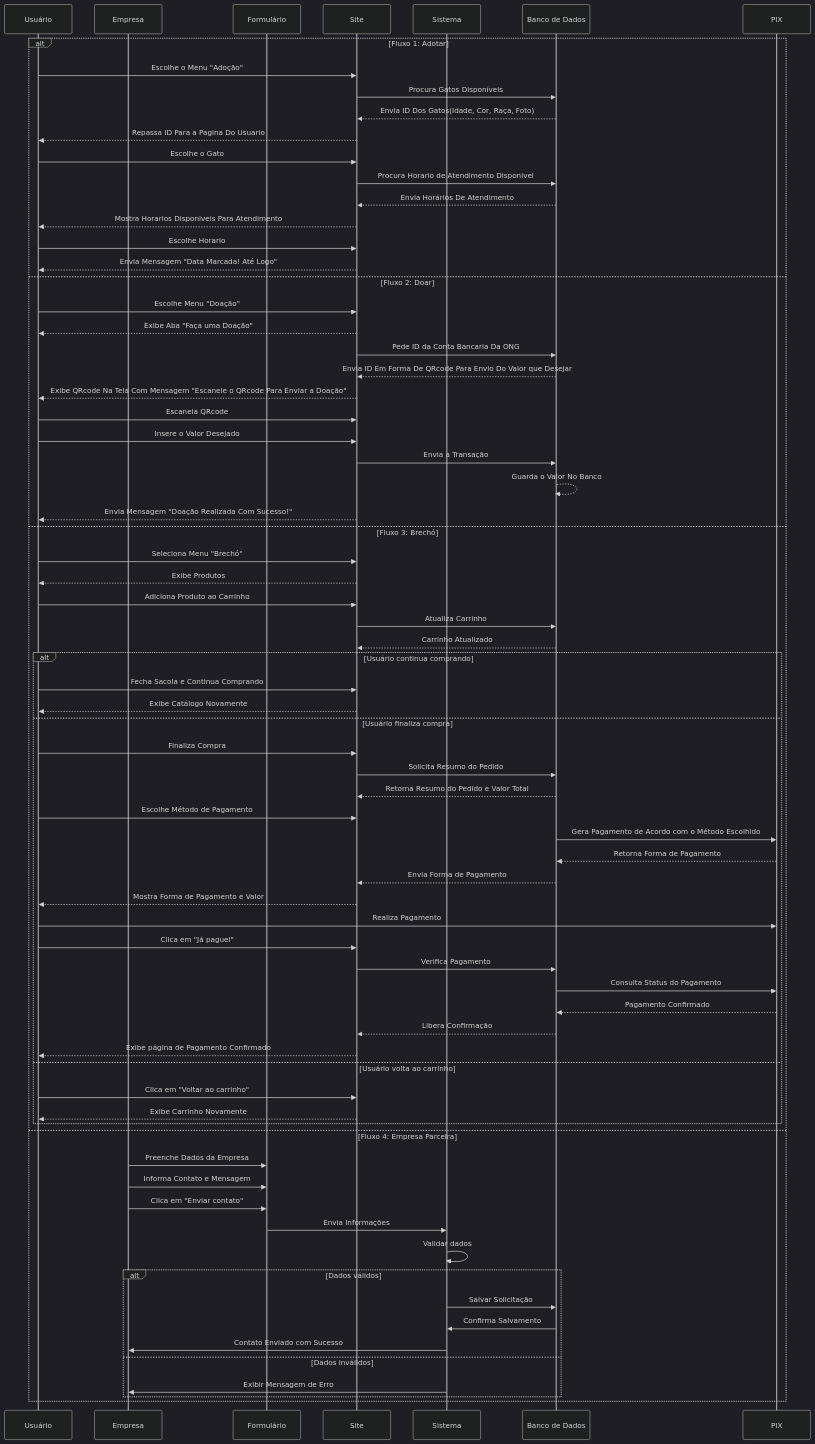
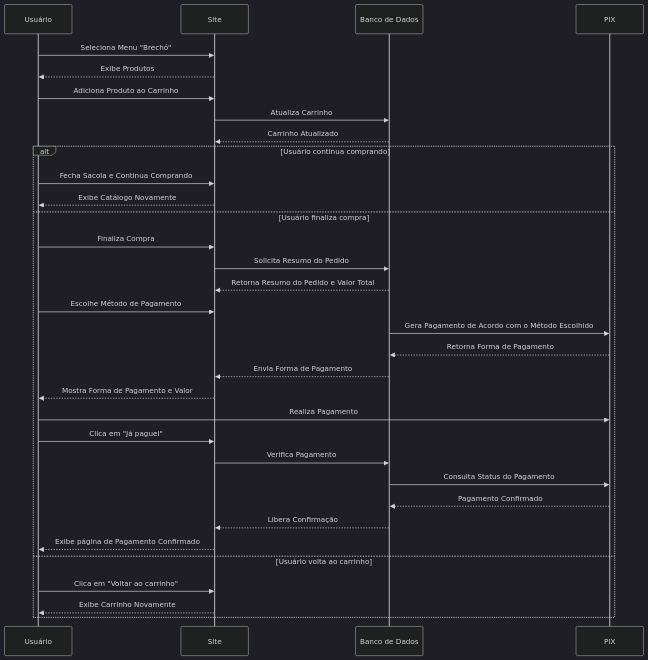
The ninth of 12 diagrams in README.md (ligiaoliveira/Casa-dos-Gatos), drawn with Mermaid (dark theme) before and after one commit. The commit also changed other lines of this file, not shown here.

Commit message:
Update sequence diagrams and ER diagram in README

````diff
--- a/README.md
+++ b/README.md
@@ -413,81 +453,39 @@
 ```mermaid
 sequenceDiagram
-    participant Usuario as Usuário
-    participant Empresa
-    participant Formulario as Formulário
-    participant Site
-    participant Sistema
-    participant BancoDeDados as Banco de Dados
-    participant PIX
+    participant U as Usuário 
+    participant S as Site
+    participant B as Banco de Dados
+    participant P as PIX
 
-    alt Fluxo 1: Adotar
-        Usuario ->> Site: Escolhe o Menu "Adoção"
-        Site ->> BancoDeDados: Procura Gatos Disponíveis
-        BancoDeDados -->> Site: Envia ID Dos Gatos(Idade, Cor, Raça, Foto)
-        Site -->> Usuario: Repassa ID Para a Pagina Do Usuario
-        Usuario ->> Site: Escolhe o Gato
-        Site ->> BancoDeDados: Procura Horario de Atendimento Disponivel
-        BancoDeDados -->> Site: Envia Horários De Atendimento
-        Site -->> Usuario: Mostra Horarios Disponiveis Para Atendimento
-        Usuario ->> Site: Escolhe Horario
-        Site -->> Usuario: Envia Mensagem "Data Marcada! Até Logo"
+U->>S: Seleciona Menu "Brechó"
+S-->>U: Exibe Produtos
+U->>S: Adiciona Produto ao Carrinho
+S->>B: Atualiza Carrinho
+B-->>S: Carrinho Atualizado
 
-    else Fluxo 2: Doar
-        Usuario ->> Site: Escolhe Menu "Doação"
-        Site -->> Usuario: Exibe Aba "Faça uma Doação"
-        Site ->> BancoDeDados: Pede ID da Conta Bancaria Da ONG
-        BancoDeDados -->> Site: Envia ID Em Forma De QRcode Para Envio Do Valor que Desejar
-        Site -->> Usuario: Exibe QRcode Na Tela Com Mensagem "Escanele o QRcode Para Enviar a Doação"
-        Usuario ->> Site: Escaneia QRcode
-        Usuario ->> Site: Insere o Valor Desejado
-        Site ->> BancoDeDados: Envia a Transação
-        BancoDeDados -->> BancoDeDados: Guarda o Valor No Banco
-        Site -->> Usuario: Envia Mensagem "Doação Realizada Com Sucesso!"
+alt Usuário continua comprando
+U->>S: Fecha Sacola e Continua Comprando
+S-->>U: Exibe Catálogo Novamente
 
-    else Fluxo 3: Brechó
-        Usuario ->> Site: Seleciona Menu "Brechó"
-        Site -->> Usuario: Exibe Produtos
-        Usuario ->> Site: Adiciona Produto ao Carrinho
-        Site ->> BancoDeDados: Atualiza Carrinho
-        BancoDeDados -->> Site: Carrinho Atualizado
+else Usuário finaliza compra
+U->>S: Finaliza Compra
+S->>B: Solicita Resumo do Pedido
+B-->>S: Retorna Resumo do Pedido e Valor Total
+U->>S:Escolhe Método de Pagamento
+B->>P: Gera Pagamento de Acordo com o Método Escolhido
+P-->>B: Retorna Forma de Pagamento
+B-->>S: Envia Forma de Pagamento
+S-->>U: Mostra Forma de Pagamento e Valor
+U->>P: Realiza Pagamento
+U->>S: Clica em "Já paguei"
+S->>B: Verifica Pagamento
+B->>P: Consulta Status do Pagamento
+P-->>B: Pagamento Confirmado
+B-->>S: Libera Confirmação
+S-->>U: Exibe página de Pagamento Confirmado
 
-        alt Usuário continua comprando
-            Usuario ->> Site: Fecha Sacola e Continua Comprando
-            Site -->> Usuario: Exibe Catálogo Novamente
-        else Usuário finaliza compra
-            Usuario ->> Site: Finaliza Compra
-            Site ->> BancoDeDados: Solicita Resumo do Pedido
-            BancoDeDados -->> Site: Retorna Resumo do Pedido e Valor Total
-            Usuario ->> Site: Escolhe Método de Pagamento
-            BancoDeDados ->> PIX: Gera Pagamento de Acordo com o Método Escolhido
-            PIX -->> BancoDeDados: Retorna Forma de Pagamento
-            BancoDeDados -->> Site: Envia Forma de Pagamento
-            Site -->> Usuario: Mostra Forma de Pagamento e Valor
-            Usuario ->> PIX: Realiza Pagamento
-            Usuario ->> Site: Clica em "Já paguei"
-            Site ->> BancoDeDados: Verifica Pagamento
-            BancoDeDados ->> PIX: Consulta Status do Pagamento
-            PIX -->> BancoDeDados: Pagamento Confirmado
-            BancoDeDados -->> Site: Libera Confirmação
-            Site -->> Usuario: Exibe página de Pagamento Confirmado
-        else Usuário volta ao carrinho
-            Usuario ->> Site: Clica em "Voltar ao carrinho"
-            Site -->> Usuario: Exibe Carrinho Novamente
-        end
-
-    else Fluxo 4: Empresa Parceira
-        Empresa ->> Formulario: Preenche Dados da Empresa
-        Empresa ->> Formulario: Informa Contato e Mensagem
-        Empresa ->> Formulario: Clica em "Enviar contato"
-        Formulario ->> Sistema: Envia Informações
-        Sistema ->> Sistema: Validar dados
-
-        alt Dados válidos
-            Sistema ->> BancoDeDados: Salvar Solicitação
-            BancoDeDados ->> Sistema: Confirma Salvamento
-            Sistema ->> Empresa: Contato Enviado com Sucesso
-        else Dados inválidos
-            Sistema ->> Empresa: Exibir Mensagem de Erro
-        end
-    end
+else Usuário volta ao carrinho
+U->>S: Clica em "Voltar ao carrinho"
+S-->>U: Exibe Carrinho Novamente
+end
 ```
````
